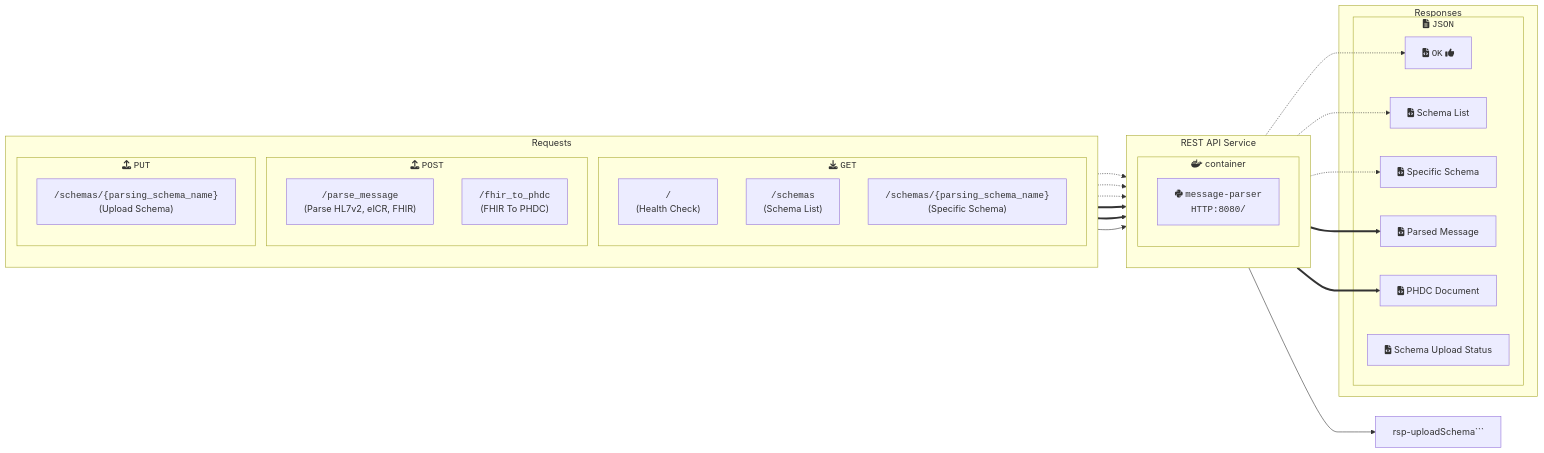
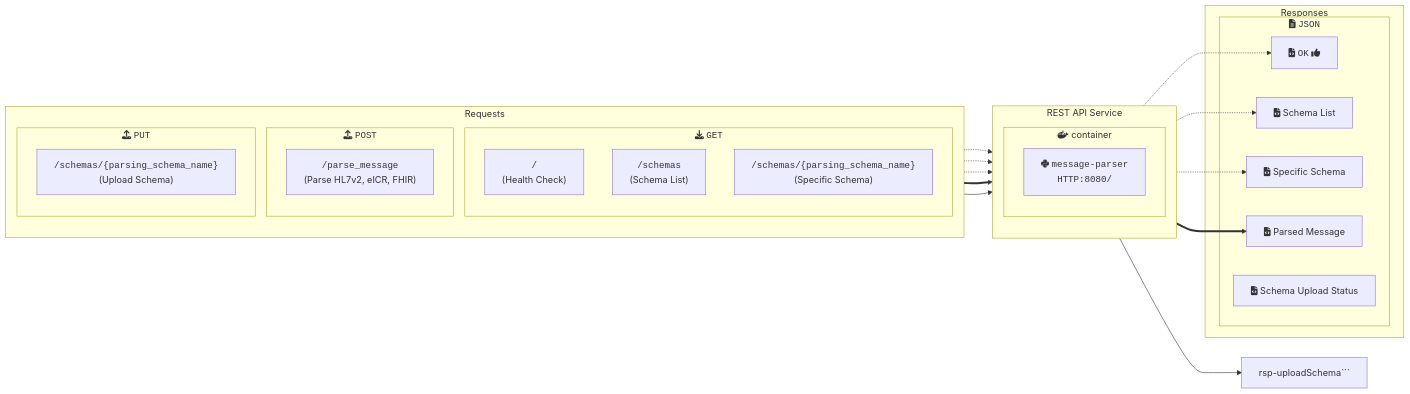
Before and after one commit to CDCgov/dibbs-ecr-viewer: the diagram in containers/message-parser/README.md, drawn with Mermaid. The commit also changed 19 other files, not shown here.

Commit message:
remove all phdc-related items in message parser

`````diff
--- a/containers/message-parser/README.md
+++ b/containers/message-parser/README.md
@@ -165,46 +165,43 @@
 ````mermaid
 flowchart LR
 
 subgraph requests["Requests"]
     direction TB
     subgraph GET["fas:fa-download <code>GET</code>"]
         hc["<code>/</code>\n(Health Check)"]
         schemas["<code>/schemas</code>\n(Schema List)"]
         specificSchema["<code>/schemas/{parsing_schema_name}</code>\n(Specific Schema)"]
     end
 
     subgraph POST["fas:fa-upload <code>POST</code>"]
         parseMessage["<code>/parse_message</code>\n(Parse HL7v2, eICR, FHIR)"]
-        fhirToPhdc["<code>/fhir_to_phdc</code>\n(FHIR To PHDC)"]
     end
 
     subgraph PUT["fas:fa-upload <code>PUT</code>"]
         uploadSchema["<code>/schemas/{parsing_schema_name}</code>\n(Upload Schema)"]
     end
 end
 
 subgraph service[REST API Service]
     direction TB
     subgraph container["fab:fa-docker container"]
     parser["fab:fa-python <code>message-parser<br>HTTP:8080/</code>"]
     end
 end
 
 subgraph response["Responses"]
     subgraph JSON["fa:fa-file-alt <code>JSON</code>"]
         rsp-hc["fa:fa-file-code <code>OK</code> fa:fa-thumbs-up"]
         rsp-schemas["fa:fa-file-code Schema List"]
         rsp-specificSchema["fa:fa-file-code Specific Schema"]
         rsp-parseMessage["fa:fa-file-code Parsed Message"]
-        rsp-fhirToPhdc["fa:fa-file-code PHDC Document"]
         rsp-uploadSchema["fa:fa-file-code Schema Upload Status"]
     end
 end
 
 hc -.-> parser -.-> rsp-hc
 schemas -.-> parser -.-> rsp-schemas
 specificSchema -.-> parser -.-> rsp-specificSchema
 parseMessage ==> parser ==> rsp-parseMessage
-fhirToPhdc ==> parser ==> rsp-fhirToPhdc
 uploadSchema --> parser --> rsp-uploadSchema```
 ````
`````
